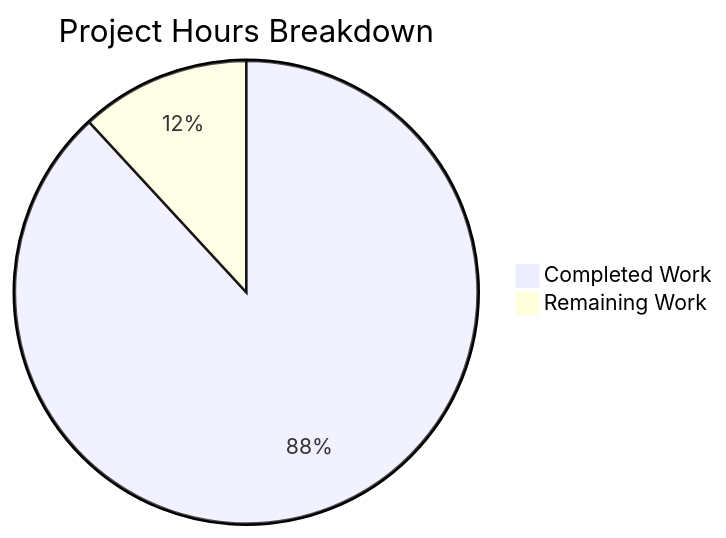
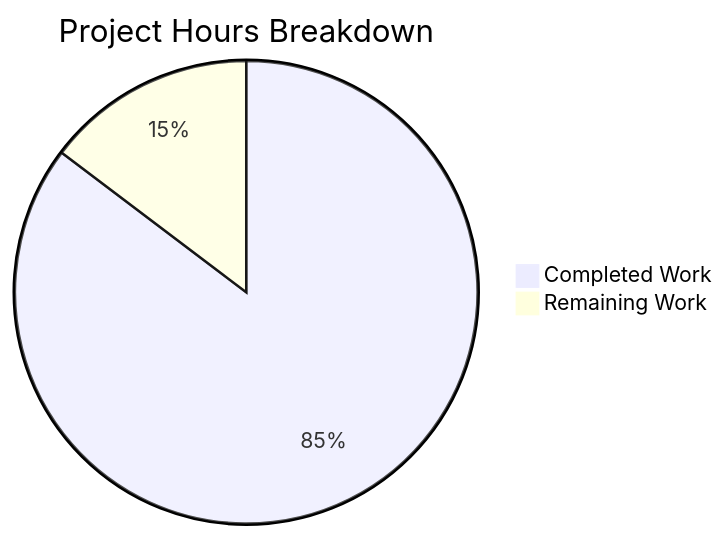
One commit to Blitzy-Sandbox/blitzy-bluez changed the second of 3 diagrams in blitzy/documentation/Project Guide.md. Above: the diagram before and after it, drawn with Mermaid. The commit also changed other lines of this file, not shown here.

Commit message:
Adding Blitzy Project Guide: Project Status and Human Tasks Remaining

````diff
--- a/blitzy/documentation/Project Guide.md
+++ b/blitzy/documentation/Project Guide.md
@@ -252,5 +253,5 @@
 ```mermaid
 pie title Project Hours Breakdown
-    "Completed Work" : 1560
-    "Remaining Work" : 210
+    "Completed Work" : 650
+    "Remaining Work" : 112
 ```
````
